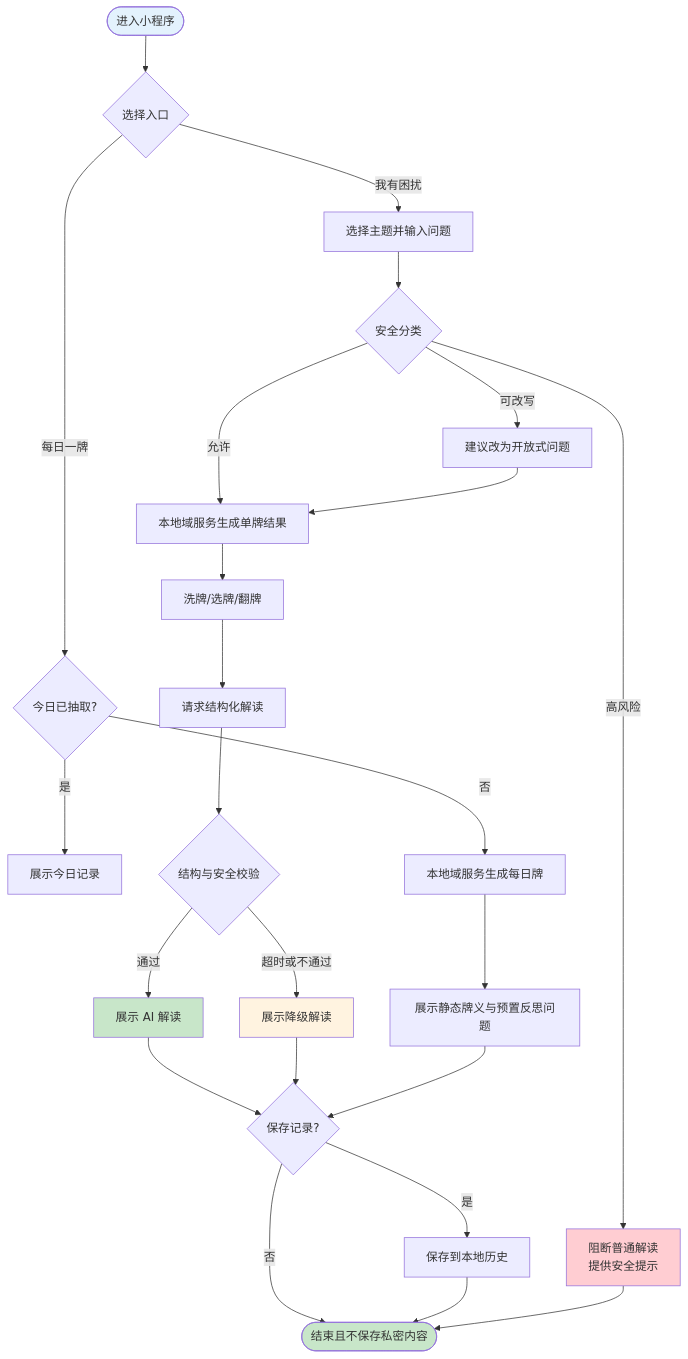
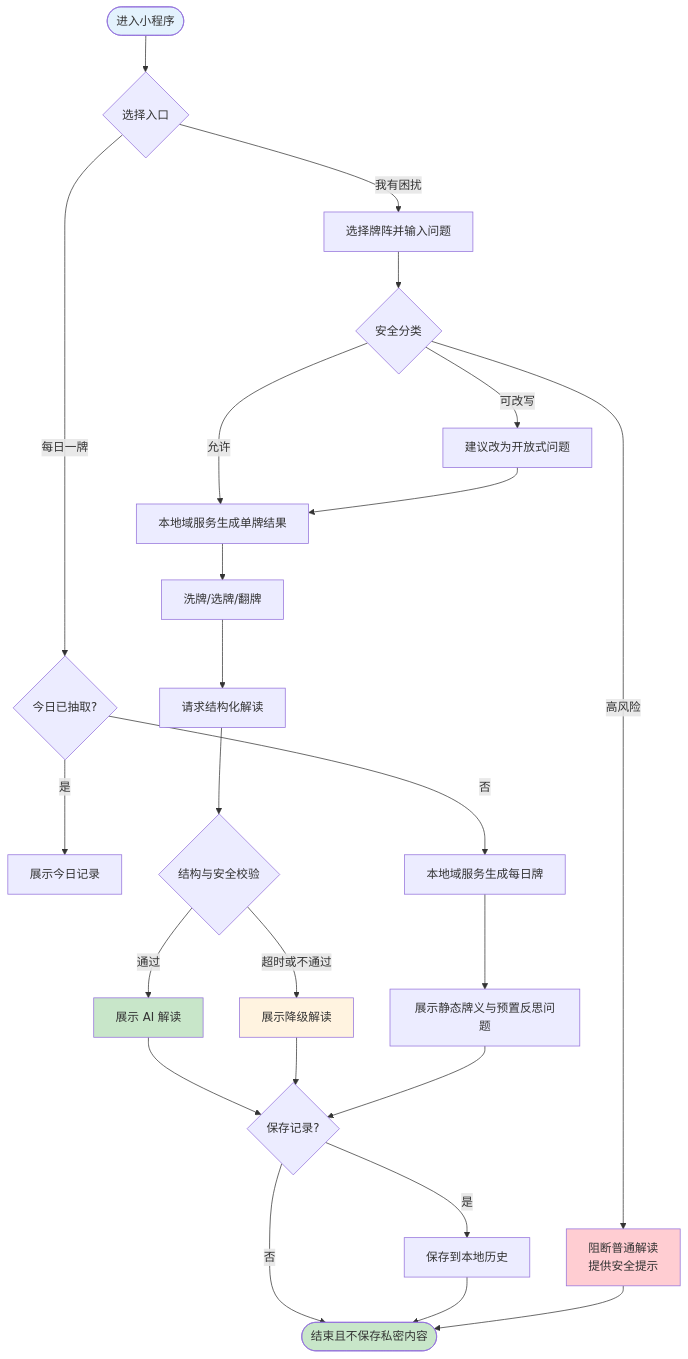
The third of 4 diagrams in docs/product/02-mvp-prd.md (chenzhiyong1994/arcana-mirror), drawn with Mermaid before and after one commit. The commit also changed other lines of this file and 19 other files, not shown here.

````diff
--- a/docs/product/02-mvp-prd.md
+++ b/docs/product/02-mvp-prd.md
@@ -349,32 +349,32 @@
 ```mermaid
 flowchart TD
     START([进入小程序]) --> CHOOSE{选择入口}
     CHOOSE -->|每日一牌| DAILY{今日已抽取?}
     DAILY -->|是| HISTORY[展示今日记录]
     DAILY -->|否| DAILYDRAW[本地域服务生成每日牌]
     DAILYDRAW --> DAILYRESULT[展示静态牌义与预置反思问题]
-    CHOOSE -->|我有困扰| INPUT[选择主题并输入问题]
+    CHOOSE -->|我有困扰| INPUT[选择牌阵并输入问题]
     INPUT --> SAFE{安全分类}
     SAFE -->|高风险| BLOCK[阻断普通解读<br/>提供安全提示]
     SAFE -->|可改写| REWRITE[建议改为开放式问题]
     SAFE -->|允许| DRAW[本地域服务生成单牌结果]
     REWRITE --> DRAW
     DRAW --> RITUAL[洗牌/选牌/翻牌]
     RITUAL --> GENERATE[请求结构化解读]
     GENERATE --> VALID{结构与安全校验}
     VALID -->|通过| RESULT[展示 AI 解读]
     VALID -->|超时或不通过| FALLBACK[展示降级解读]
     RESULT --> SAVE{保存记录?}
     FALLBACK --> SAVE
     DAILYRESULT --> SAVE
     SAVE -->|是| HISTORYSAVE[保存到本地历史]
     SAVE -->|否| END([结束且不保存私密内容])
     HISTORYSAVE --> END
     BLOCK --> END
 
     style START fill:#E3F2FD
     style RESULT fill:#C8E6C9
     style FALLBACK fill:#FFF3E0
     style BLOCK fill:#FFCDD2
     style END fill:#C8E6C9
 ```
````
